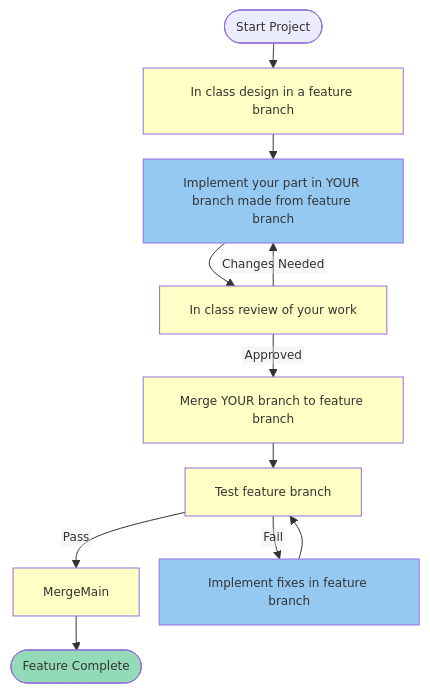
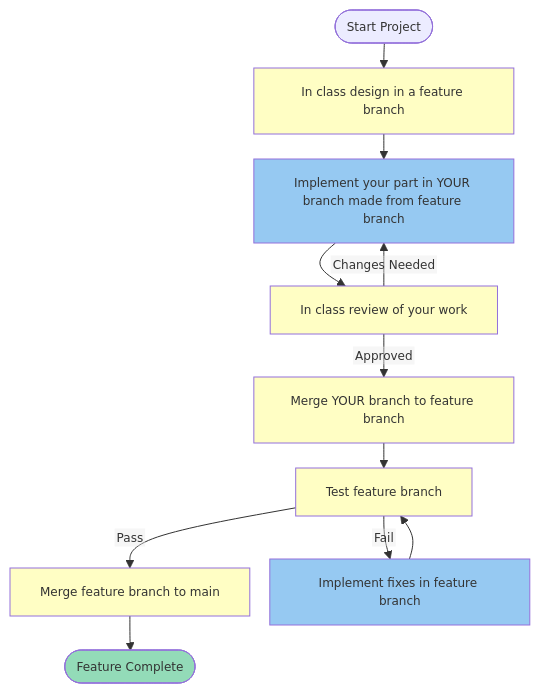
The first of 2 diagrams in README.md (cse4504-wustl/workflow), drawn with Mermaid before and after one commit.

````diff
--- a/README.md
+++ b/README.md
@@ -4,23 +4,23 @@
 ```mermaid
 %%{init: {'flowchart': {'nodeSpacing': 20, 'rankSpacing': 25, 'htmlLabels': false}, 'themeVariables': {'fontSize': '12px'}}}%%
 flowchart TD
  
     Start([Start Project]) --> Design[In class design in a feature branch]
     Design --> Implement[Implement your part in YOUR branch made from feature branch]
     style Design fill:#FFFEC4
     Implement --> Review[In class review of your work]
     style Implement fill:#96C9F2
     Review -- Approved --> Merge_Ind[Merge YOUR branch to feature branch]
     style Review fill:#FFFEC4
     Review -- Changes Needed --> Implement
     Merge_Ind --> IntegrationTest[Test feature branch]
     style Merge_Ind fill:#FFFEC4
     style IntegrationTest fill:#FFFEC4
-    IntegrationTest -- Pass --> MergeMain
+    IntegrationTest -- Pass --> MergeMain[Merge feature branch to main]
     IntegrationTest -- Fail --> Fix[Implement fixes in feature branch]
     Fix --> IntegrationTest
     style Fix fill:#96C9F2
     MergeMain --> Done([Feature Complete])
     style MergeMain fill:#FFFEC4
     style Done fill:#93DBB8
 ```
````
